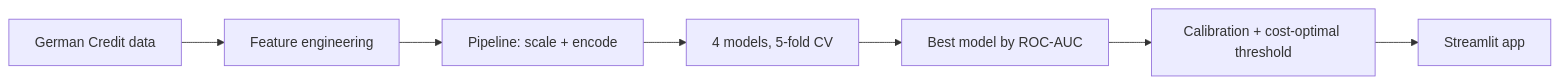
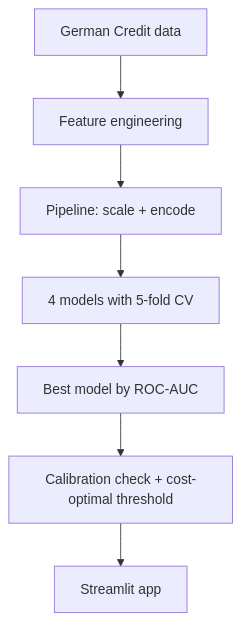
Before and after one commit to vanshitachoudhary/CodeAlpha_CreditScoring: the diagram in README.md, drawn with Mermaid. The commit also changed other lines of this file, not shown here.

````diff
--- a/README.md
+++ b/README.md
@@ -62,9 +58,9 @@
 ```mermaid
-flowchart LR
+flowchart TD
     A[German Credit data] --> B[Feature engineering]
     B --> C[Pipeline: scale + encode]
-    C --> D[4 models, 5-fold CV]
+    C --> D[4 models with 5-fold CV]
     D --> E[Best model by ROC-AUC]
-    E --> F[Calibration + cost-optimal threshold]
+    E --> F[Calibration check + cost-optimal threshold]
     F --> G[Streamlit app]
 ```
````
